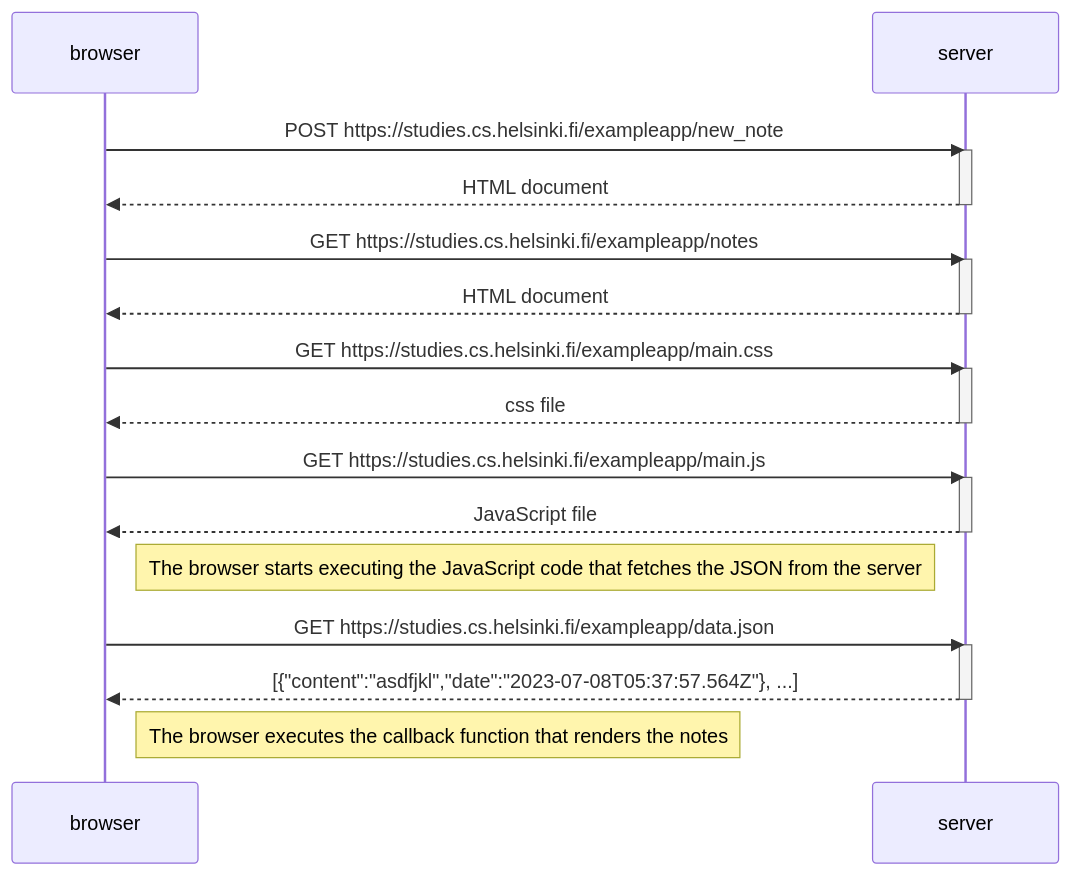
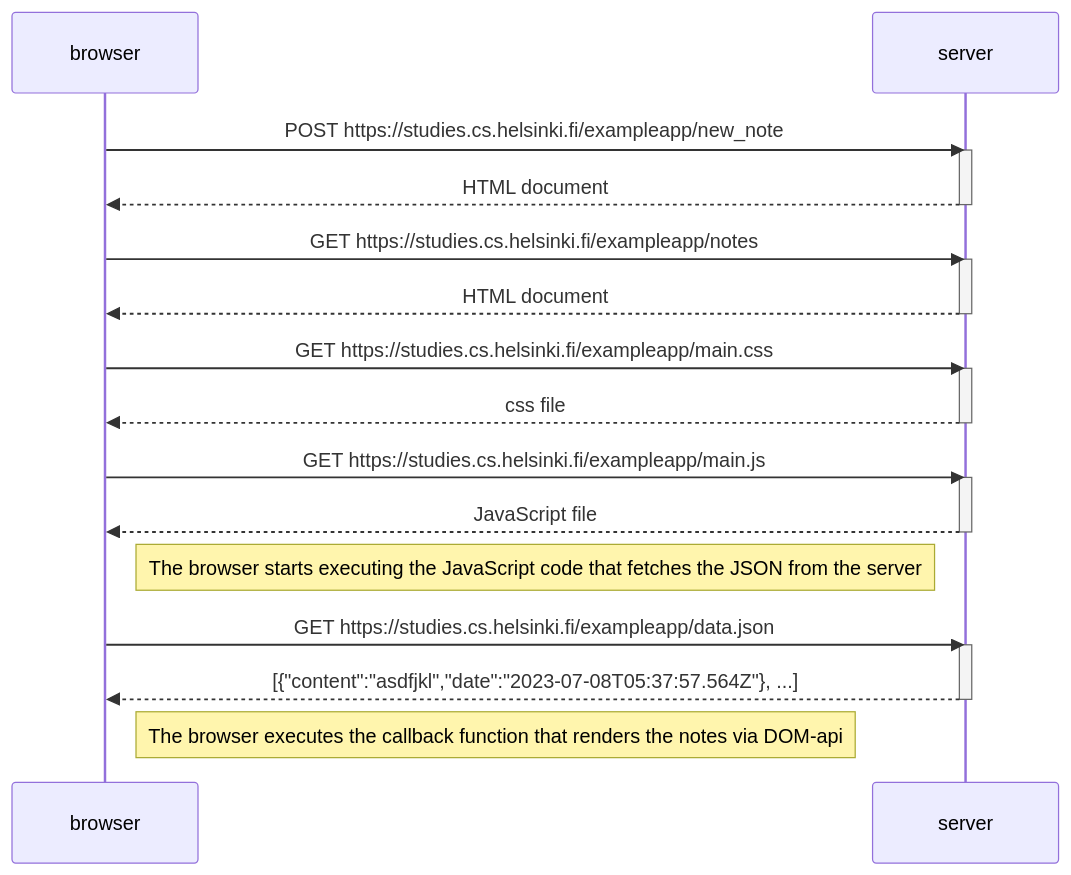
Before and after one commit to z0nsk1/FullStackOpen23: the diagram in 0.4_sekvenssikaavio.md, drawn with Mermaid.

````diff
--- a/0.4_sekvenssikaavio.md
+++ b/0.4_sekvenssikaavio.md
@@ -1,35 +1,35 @@
 ```mermaid
 sequenceDiagram
   participant browser
   participant server
 
   browser->>server: POST https://studies.cs.helsinki.fi/exampleapp/new_note
   activate server
   server-->>browser: HTML document
   deactivate server
 
   browser->>server: GET https://studies.cs.helsinki.fi/exampleapp/notes
   activate server
   server-->>browser: HTML document
   deactivate server
     
   browser->>server: GET https://studies.cs.helsinki.fi/exampleapp/main.css
   activate server
   server-->>browser: css file
   deactivate server
     
   browser->>server: GET https://studies.cs.helsinki.fi/exampleapp/main.js
   activate server
   server-->>browser: JavaScript file
   deactivate server
 
   Note right of browser: The browser starts executing the JavaScript code that fetches the JSON from the server
     
   browser->>server: GET https://studies.cs.helsinki.fi/exampleapp/data.json
   activate server
   server-->>browser: [{"content":"asdfjkl","date":"2023-07-08T05:37:57.564Z"}, ...]
   deactivate server    
 
-  Note right of browser: The browser executes the callback function that renders the notes
+  Note right of browser: The browser executes the callback function that renders the notes via DOM-api
 
 ```
````
